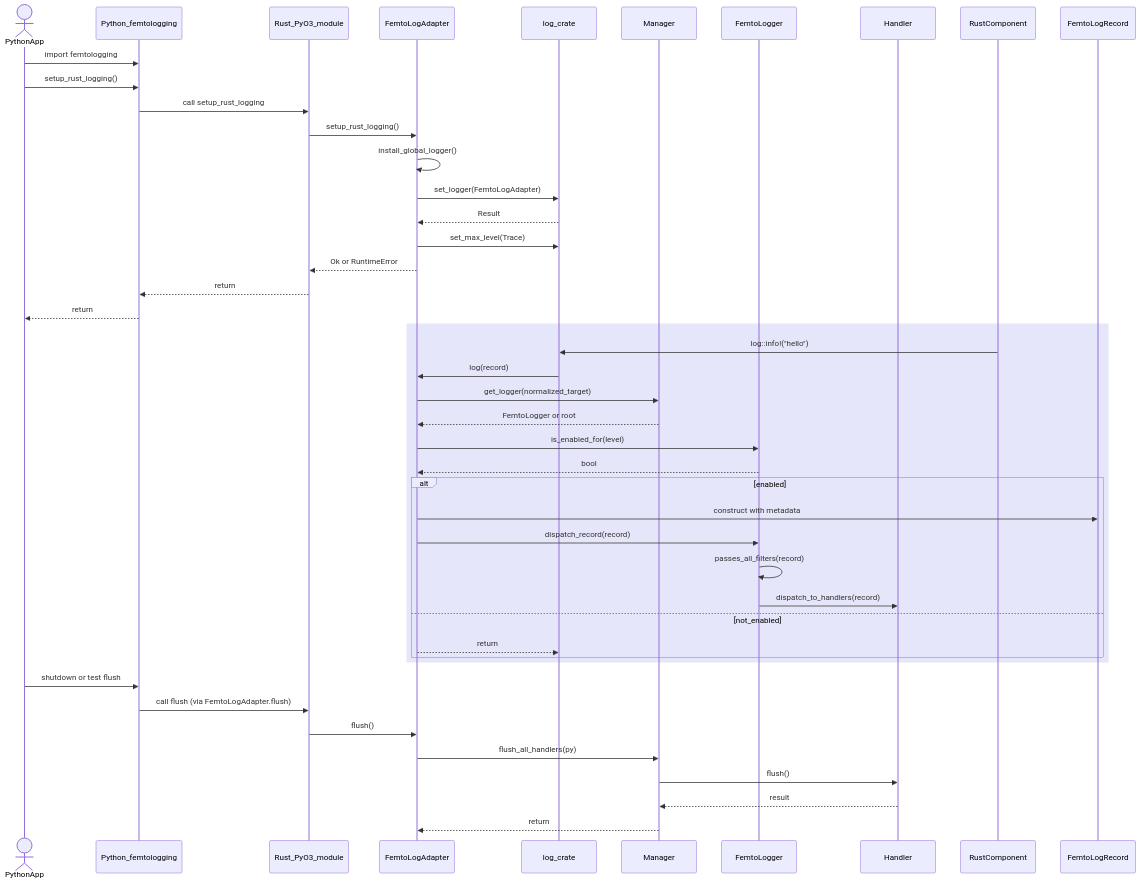
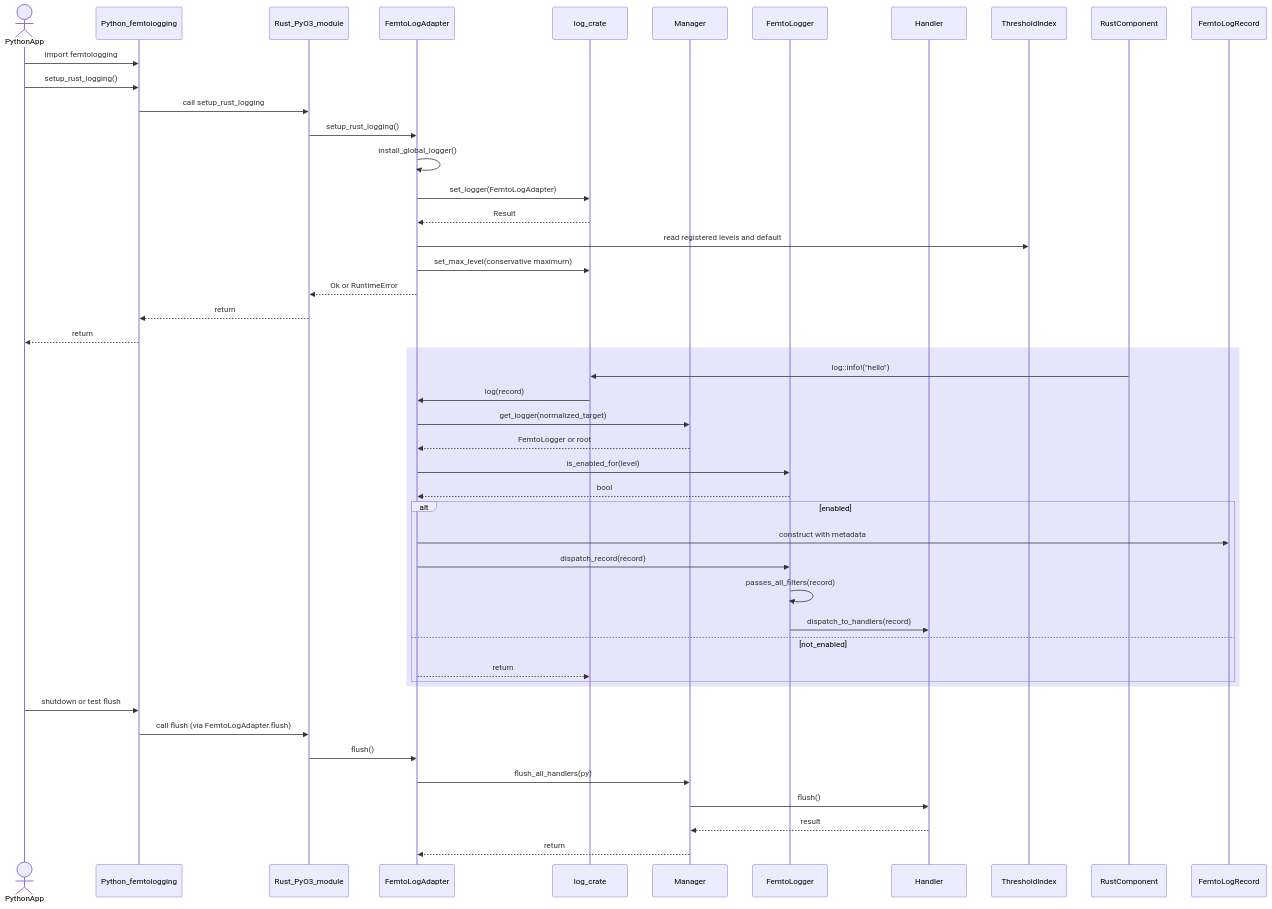
One commit to leynos/femtologging changed the seventh of 8 diagrams in docs/rust-multithreaded-logging-framework-for-python-design.md. Above: the diagram before and after it, drawn with Mermaid. The commit also changed other lines of this file and 58 other files, not shown here.

First line of the commit message:
Make the Rust log bridge enabled() decision match femtologging thresholds (#437) (#545)

````diff
--- a/docs/rust-multithreaded-logging-framework-for-python-design.md
+++ b/docs/rust-multithreaded-logging-framework-for-python-design.md
@@ -1376,49 +1377,50 @@
 ```mermaid
 sequenceDiagram
     actor PythonApp
     participant PythonFemtoLogging as Python_femtologging
     participant PyO3Bridge as Rust_PyO3_module
     participant FemtoLogCompat as FemtoLogAdapter
     participant RustLog as log_crate
     participant Manager as Manager
     participant FemtoLogger
     participant Handler
 
     PythonApp->>PythonFemtoLogging: import femtologging
     PythonApp->>PythonFemtoLogging: setup_rust_logging()
     PythonFemtoLogging->>PyO3Bridge: call setup_rust_logging
     PyO3Bridge->>FemtoLogCompat: setup_rust_logging()
     FemtoLogCompat->>FemtoLogCompat: install_global_logger()
     FemtoLogCompat->>RustLog: set_logger(FemtoLogAdapter)
     RustLog-->>FemtoLogCompat: Result
-    FemtoLogCompat->>RustLog: set_max_level(Trace)
+    FemtoLogCompat->>ThresholdIndex: read registered levels and default
+    FemtoLogCompat->>RustLog: set_max_level(conservative maximum)
     FemtoLogCompat-->>PyO3Bridge: Ok or RuntimeError
     PyO3Bridge-->>PythonFemtoLogging: return
     PythonFemtoLogging-->>PythonApp: return
 
     rect rgb(230,230,250)
         participant RustComponent
         RustComponent->>RustLog: log::info!("hello")
         RustLog->>FemtoLogCompat: log(record)
         FemtoLogCompat->>Manager: get_logger(normalized_target)
         Manager-->>FemtoLogCompat: FemtoLogger or root
         FemtoLogCompat->>FemtoLogger: is_enabled_for(level)
         FemtoLogger-->>FemtoLogCompat: bool
         alt enabled
             FemtoLogCompat->>FemtoLogRecord: construct with metadata
             FemtoLogCompat->>FemtoLogger: dispatch_record(record)
             FemtoLogger->>FemtoLogger: passes_all_filters(record)
             FemtoLogger->>Handler: dispatch_to_handlers(record)
         else not_enabled
             FemtoLogCompat-->>RustLog: return
         end
     end
 
     PythonApp->>PythonFemtoLogging: shutdown or test flush
     PythonFemtoLogging->>PyO3Bridge: call flush (via FemtoLogAdapter.flush)
     PyO3Bridge->>FemtoLogCompat: flush()
     FemtoLogCompat->>Manager: flush_all_handlers(py)
     Manager->>Handler: flush()
     Handler-->>Manager: result
     Manager-->>FemtoLogCompat: return
 ```
````
